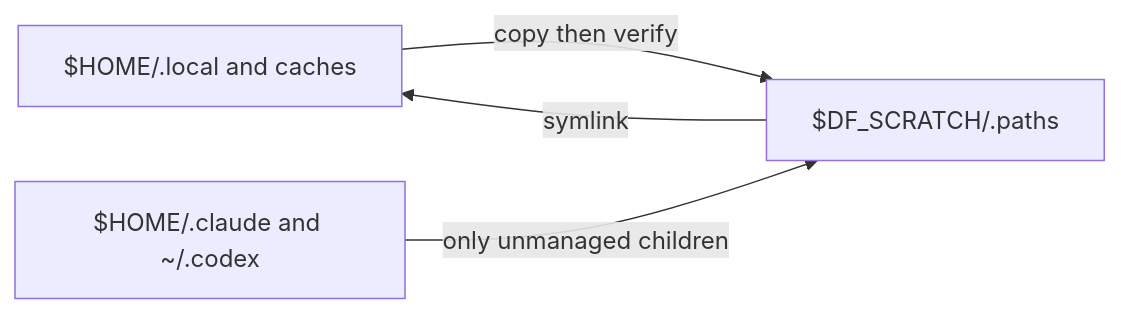
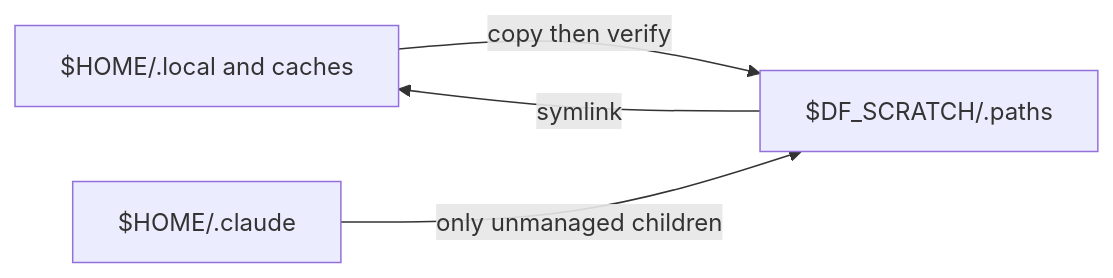
The diagram in docs/setup/scratch.md (cadebrown/dotfiles), drawn with Mermaid before and after one commit. The commit also changed other lines of this file and 53 other files, not shown here.

````diff
--- a/docs/setup/scratch.md
+++ b/docs/setup/scratch.md
@@ -10,6 +10,6 @@
 ```mermaid
 flowchart LR
   H[$HOME/.local and caches] -->|copy then verify| S[$DF_SCRATCH/.paths]
   S -->|symlink| H
-  C[$HOME/.claude and ~/.codex] -->|only unmanaged children| S
+  C[$HOME/.claude] -->|only unmanaged children| S
 ```
````
